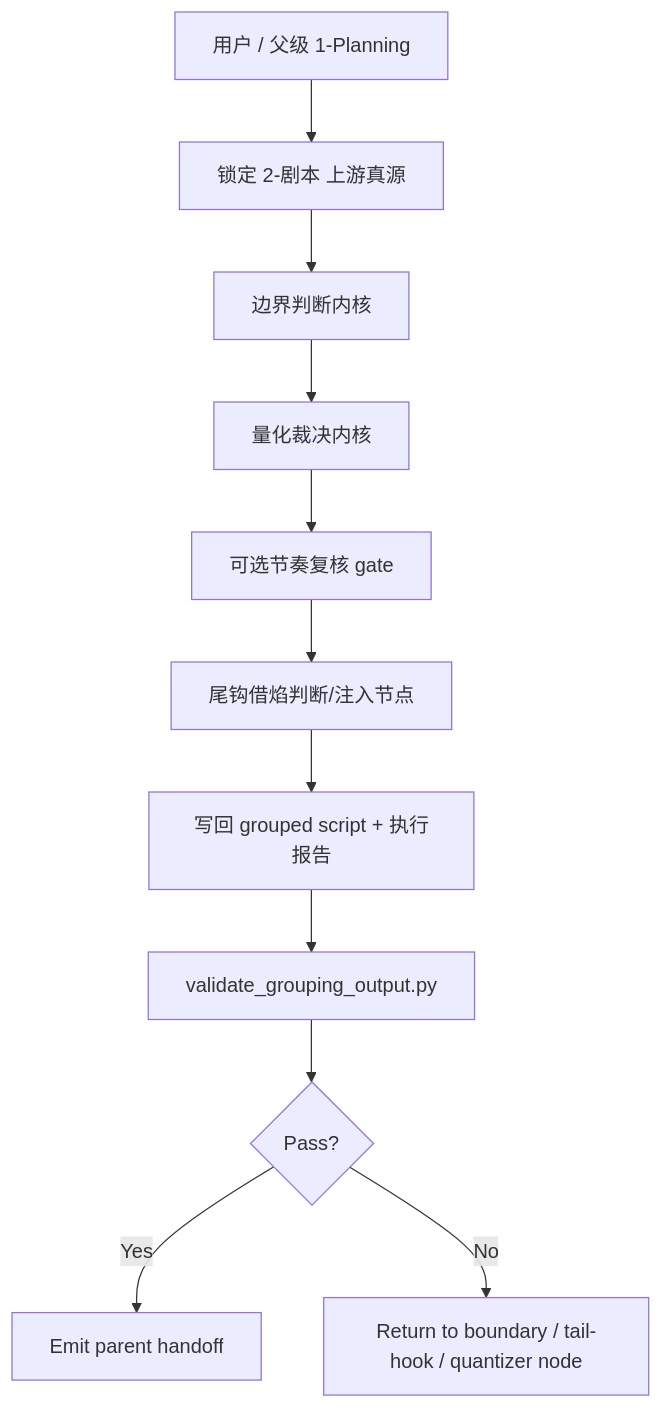
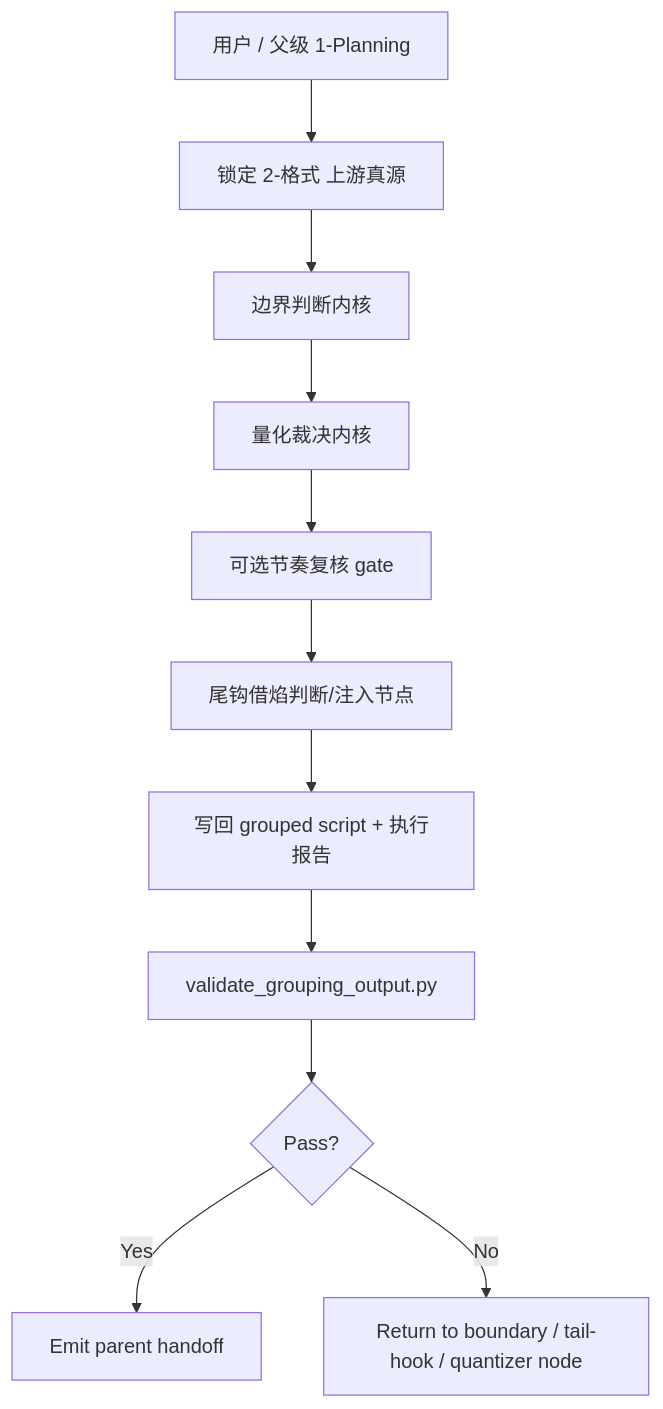
One commit to ZEN-VOID/AI-CUT changed the first of 3 diagrams in .agents/skills/aigc/1-Planning/3-分组/SKILL.md. Above: the diagram before and after it, drawn with Mermaid. The commit also changed other lines of this file and 307 other files, not shown here.

````diff
--- a/.agents/skills/aigc/1-Planning/3-分组/SKILL.md
+++ b/.agents/skills/aigc/1-Planning/3-分组/SKILL.md
@@ -53,13 +53,13 @@
 ```mermaid
 flowchart TD
-    U["用户 / 父级 1-Planning"] --> A["锁定 2-剧本 上游真源"]
+    U["用户 / 父级 1-Planning"] --> A["锁定 2-格式 上游真源"]
     A --> B["边界判断内核"]
     B --> C["量化裁决内核"]
     C --> D["可选节奏复核 gate"]
     D --> E["尾钩借焰判断/注入节点"]
     E --> F["写回 grouped script + 执行报告"]
     F --> G["validate_grouping_output.py"]
     G --> H{"Pass?"}
     H -->|"Yes"| I["Emit parent handoff"]
     H -->|"No"| J["Return to boundary / tail-hook / quantizer node"]
 ```
````
